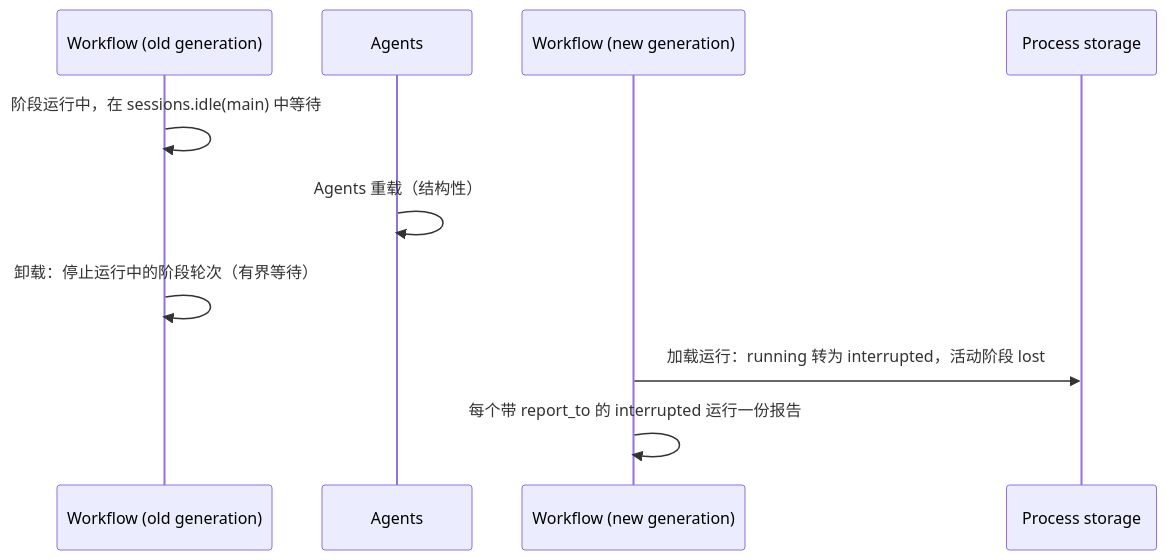
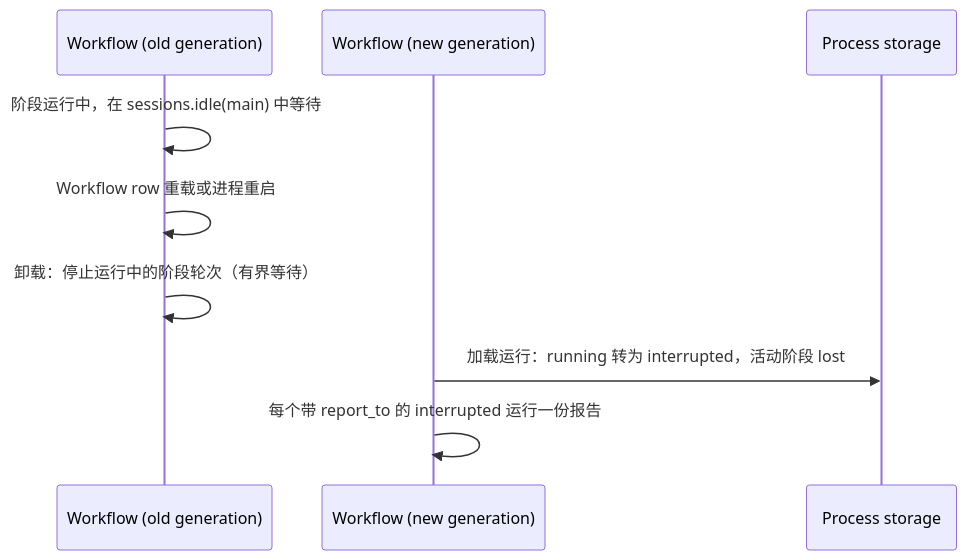
One commit to CoutinhoTTS/dim-agent changed the sixth of 6 diagrams in docs/zh/design/plugins/Workflow.md. Above: the diagram before and after it, drawn with Mermaid. The commit also changed other lines of this file and 1 other file, not shown here.

Commit message:
docs(workflow): use existing stage admission and service contracts

````diff
--- a/docs/zh/design/plugins/Workflow.md
+++ b/docs/zh/design/plugins/Workflow.md
@@ -161,12 +178,11 @@
 ```mermaid
 sequenceDiagram
   participant WF as Workflow (old generation)
-  participant A as Agents
   participant WF2 as Workflow (new generation)
   participant ST as Process storage
   WF->>WF: 阶段运行中，在 sessions.idle(main) 中等待
-  A->>A: Agents 重载（结构性）
+  WF->>WF: Workflow row 重载或进程重启
   WF->>WF: 卸载：停止运行中的阶段轮次（有界等待）
   WF2->>ST: 加载运行：running 转为 interrupted，活动阶段 lost
   WF2->>WF2: 每个带 report_to 的 interrupted 运行一份报告
 ```
````
